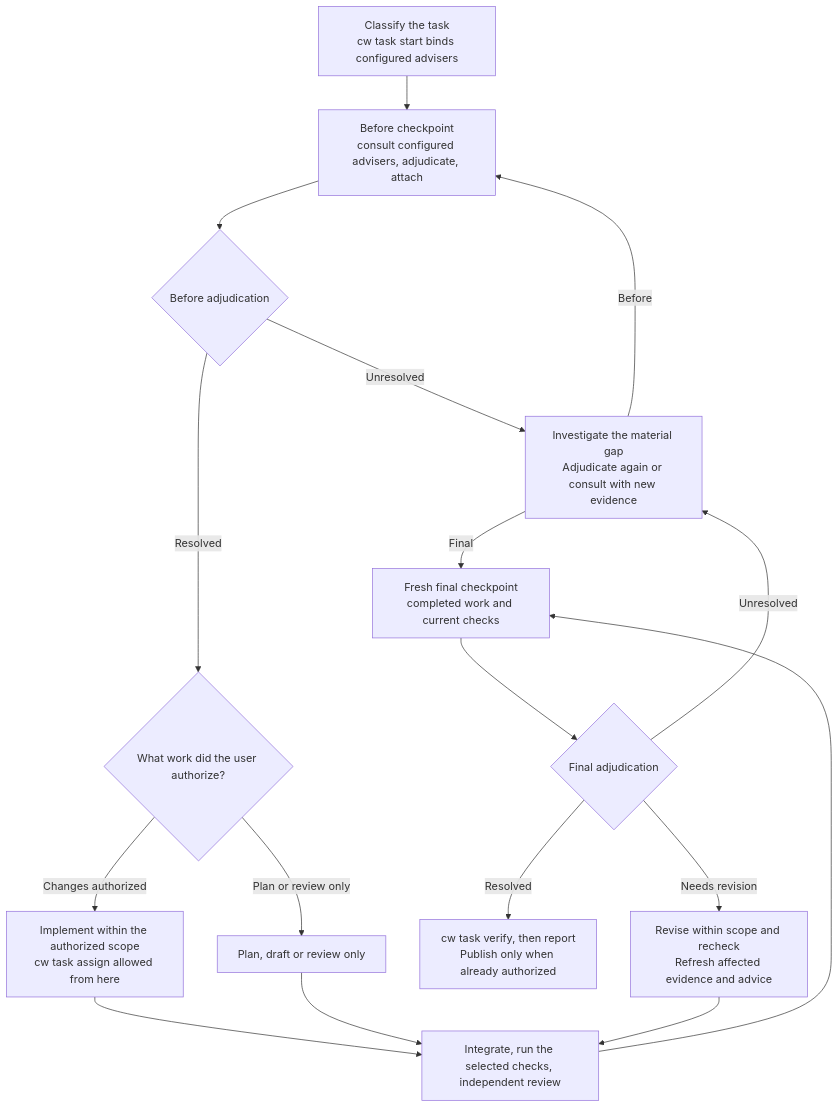
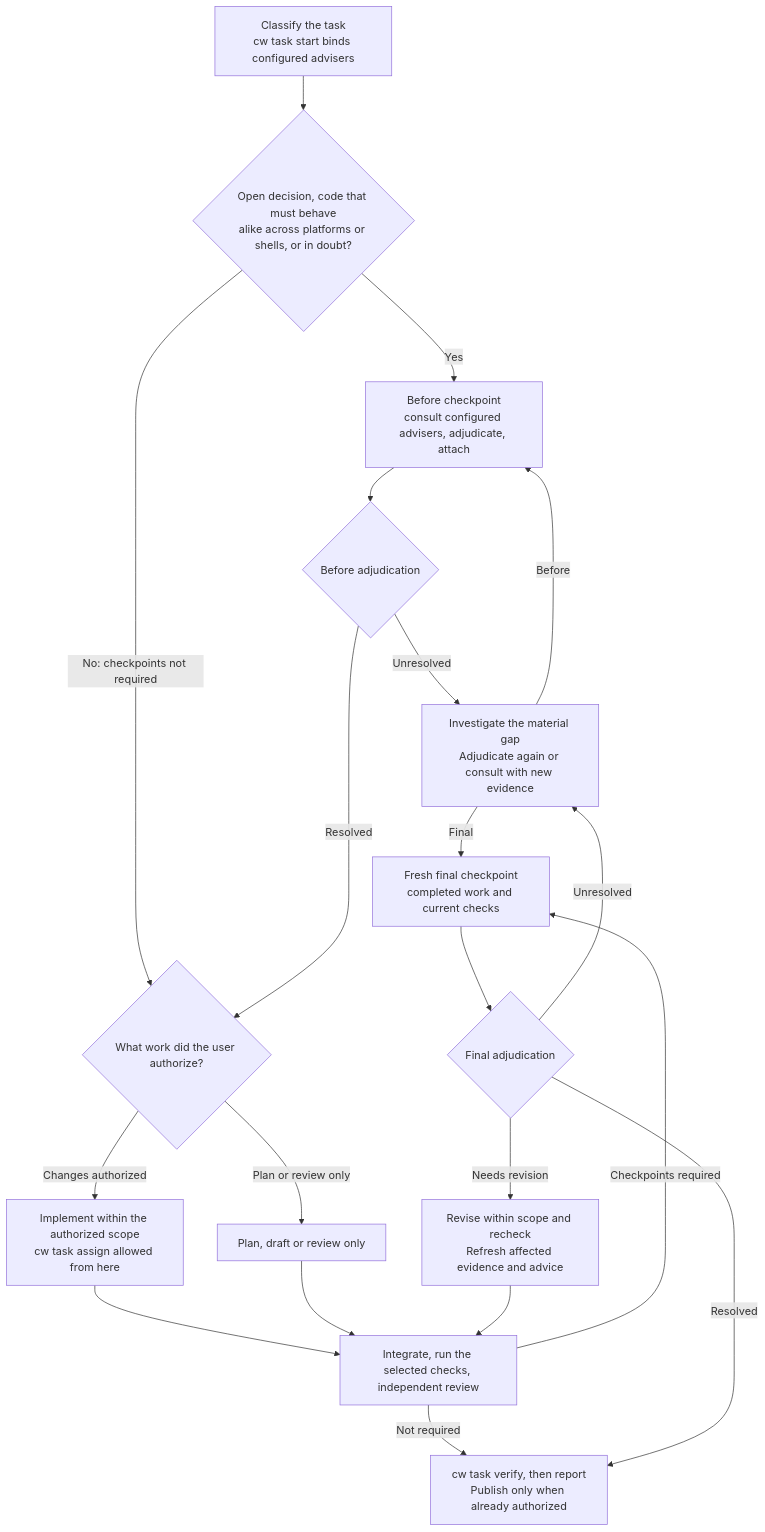
The first of 2 diagrams in docs/decision-flow.md (belevtsev/agent-workflows), drawn with Mermaid before and after one commit. The commit also changed other lines of this file and 49 other files, not shown here.

````diff
--- a/docs/decision-flow.md
+++ b/docs/decision-flow.md
@@ -19,30 +30,34 @@
 ```mermaid
 flowchart TD
     Classify[Classify the task<br/>cw task start binds configured advisers]
+    Open{Open decision, code that must behave<br/>alike across platforms or shells, or in doubt?}
     Before[Before checkpoint<br/>consult configured advisers, adjudicate, attach]
     BeforeOK{Before adjudication}
     Mode{What work did the user authorize?}
     Build[Implement within the authorized scope<br/>cw task assign allowed from here]
     Draft[Plan, draft or review only]
     Check[Integrate, run the selected checks, independent review]
     Final[Fresh final checkpoint<br/>completed work and current checks]
     FinalOK{Final adjudication}
     Ready[cw task verify, then report<br/>Publish only when already authorized]
     Rework[Revise within scope and recheck<br/>Refresh affected evidence and advice]
     Gap[Investigate the material gap<br/>Adjudicate again or consult with new evidence]
 
-    Classify --> Before --> BeforeOK
+    Classify --> Open
+    Open -->|Yes| Before --> BeforeOK
+    Open -->|No: checkpoints not required| Mode
     BeforeOK -->|Unresolved| Gap
     BeforeOK -->|Resolved| Mode
     Mode -->|Changes authorized| Build
     Mode -->|Plan or review only| Draft
     Build --> Check
     Draft --> Check
-    Check --> Final --> FinalOK
+    Check -->|Checkpoints required| Final --> FinalOK
+    Check -->|Not required| Ready
     FinalOK -->|Resolved| Ready
     FinalOK -->|Unresolved| Gap
     FinalOK -->|Needs revision| Rework
     Rework --> Check
     Gap -->|Before| Before
     Gap -->|Final| Final
 ```
````
